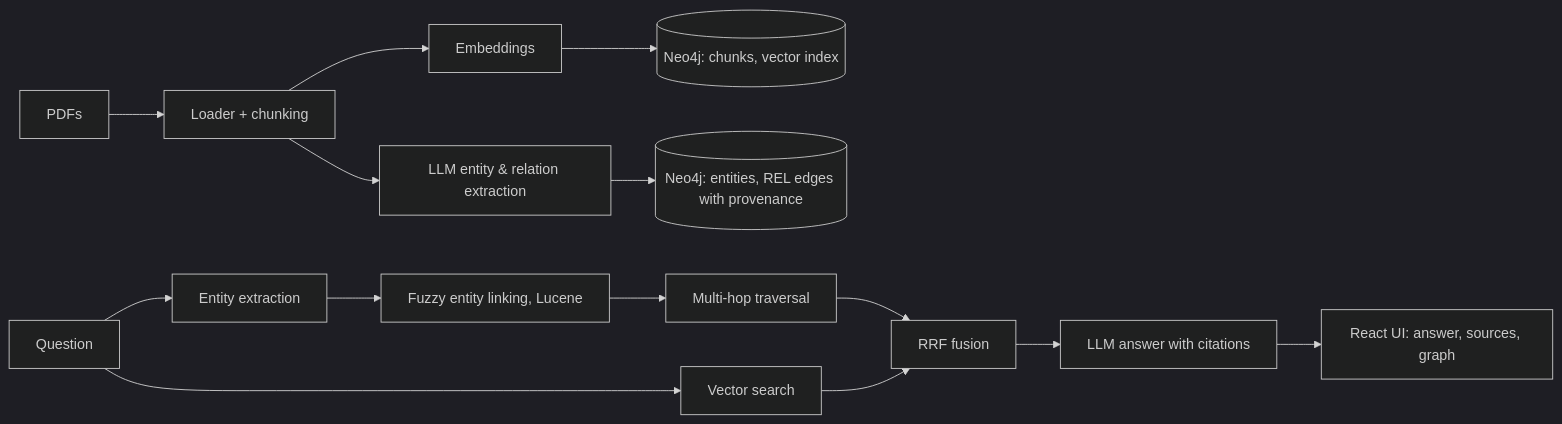
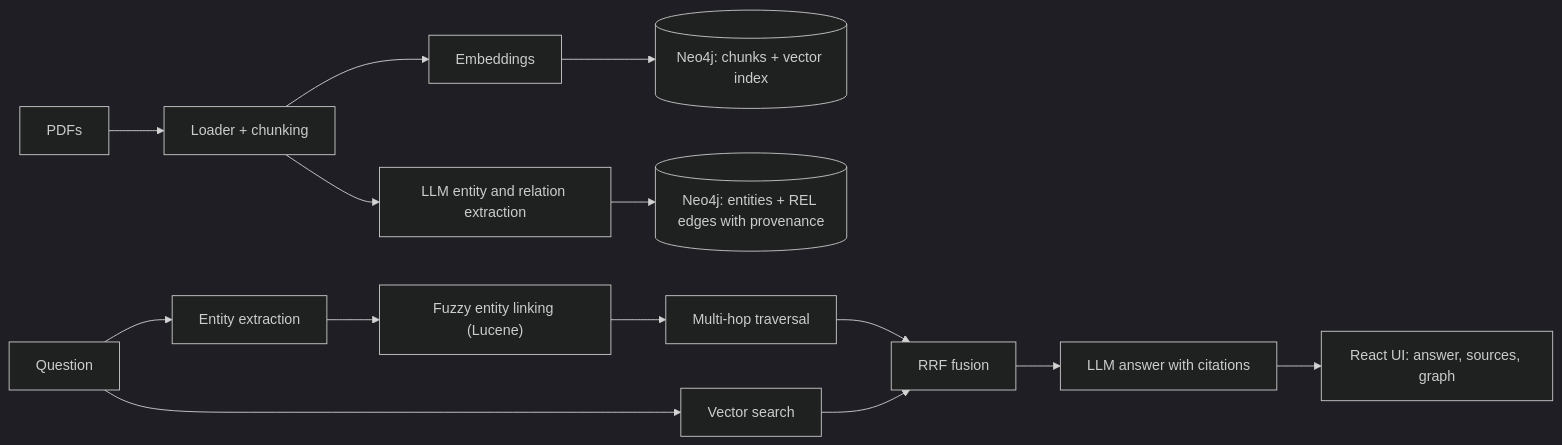
One commit to maryem37/hybrid-graphrag-platform changed the diagram in README.md. Above: the diagram before and after it, drawn with Mermaid (dark theme). The commit also changed other lines of this file, not shown here.

````diff
--- a/README.md
+++ b/README.md
@@ -11,12 +25,12 @@
 ```mermaid
 flowchart LR
-  P[PDFs] --> L[Loader + chunking]
-  L --> E[Embeddings]
-  L --> X[LLM entity & relation extraction]
-  E --> N[(Neo4j: chunks, vector index)]
-  X --> N2[(Neo4j: entities, REL edges with provenance)]
-  Q[Question] --> EE[Entity extraction] --> S[Fuzzy entity linking, Lucene]
-  S --> T[Multi-hop traversal] --> F[RRF fusion]
-  Q --> V[Vector search] --> F
-  F --> A[LLM answer with citations] --> UI[React UI: answer, sources, graph]
+  P["PDFs"] --> L["Loader + chunking"]
+  L --> E["Embeddings"]
+  L --> X["LLM entity and relation extraction"]
+  E --> N[("Neo4j: chunks + vector index")]
+  X --> N2[("Neo4j: entities + REL edges with provenance")]
+  Q["Question"] --> EE["Entity extraction"] --> S["Fuzzy entity linking (Lucene)"]
+  S --> T["Multi-hop traversal"] --> F["RRF fusion"]
+  Q --> V["Vector search"] --> F
+  F --> A["LLM answer with citations"] --> UI["React UI: answer, sources, graph"]
 ```
````
